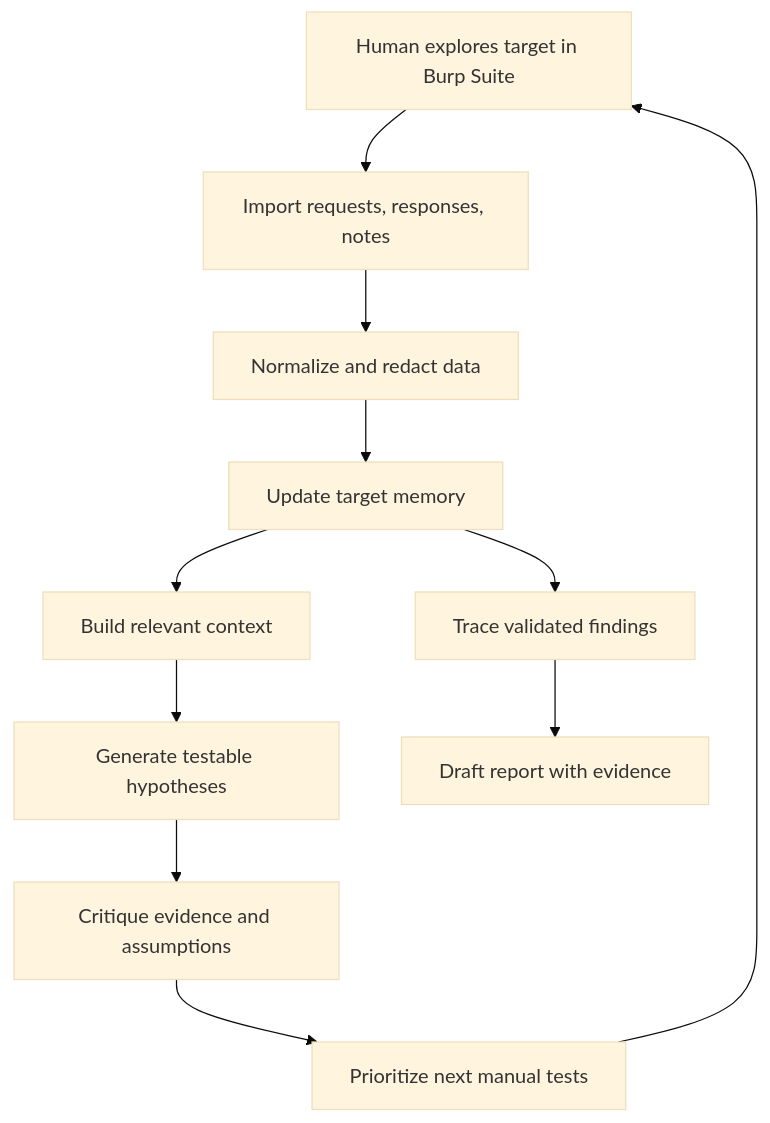
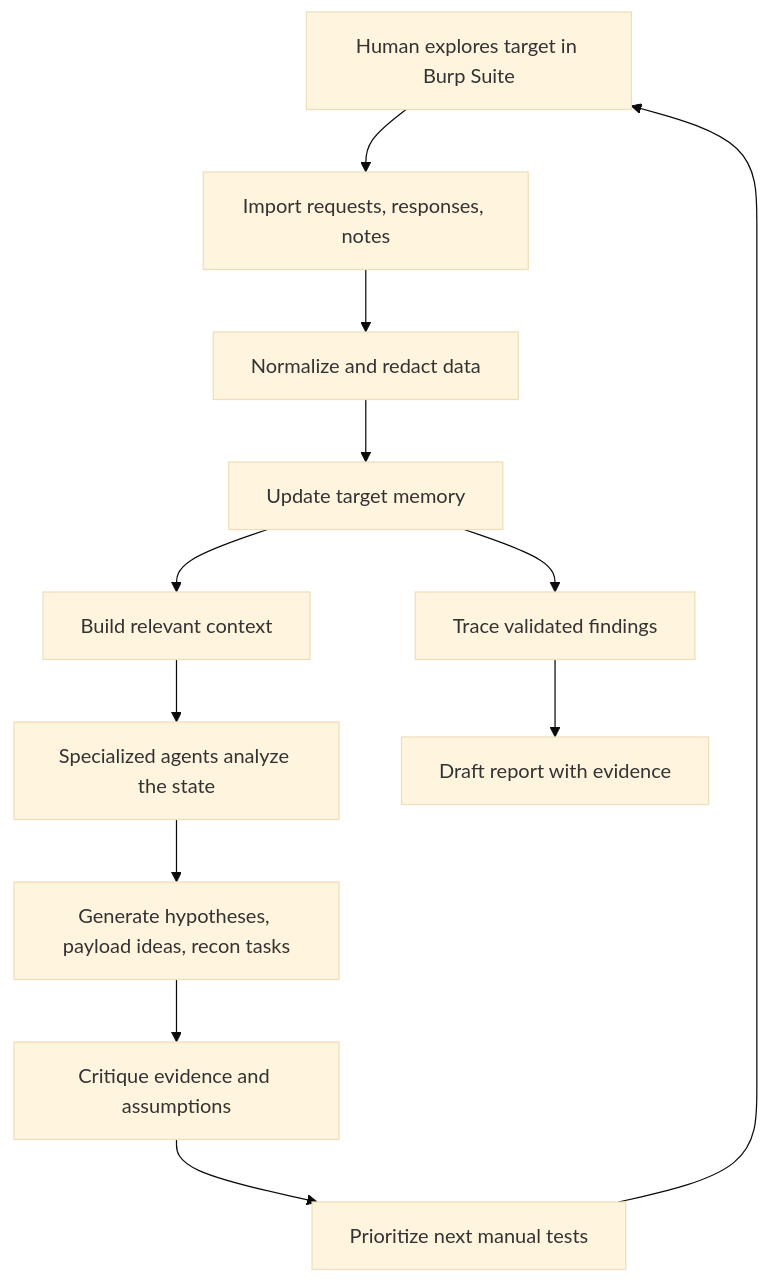
Before and after one commit to Sidhant-1299/Ariadne: the diagram in README.md, drawn with Mermaid (base theme). The commit also changed other lines of this file, not shown here.

````diff
--- a/README.md
+++ b/README.md
@@ -126,13 +144,14 @@
 ```mermaid
 flowchart TD
     A[Human explores target in Burp Suite] --> B[Import requests, responses, notes]
     B --> C[Normalize and redact data]
     C --> D[Update target memory]
     D --> E[Build relevant context]
-    E --> F[Generate testable hypotheses]
-    F --> G[Critique evidence and assumptions]
-    G --> H[Prioritize next manual tests]
-    H --> A
-    D --> I[Trace validated findings]
-    I --> J[Draft report with evidence]
+    E --> F[Specialized agents analyze the state]
+    F --> G[Generate hypotheses, payload ideas, recon tasks]
+    G --> H[Critique evidence and assumptions]
+    H --> I[Prioritize next manual tests]
+    I --> A
+    D --> J[Trace validated findings]
+    J --> K[Draft report with evidence]
 ```
````
